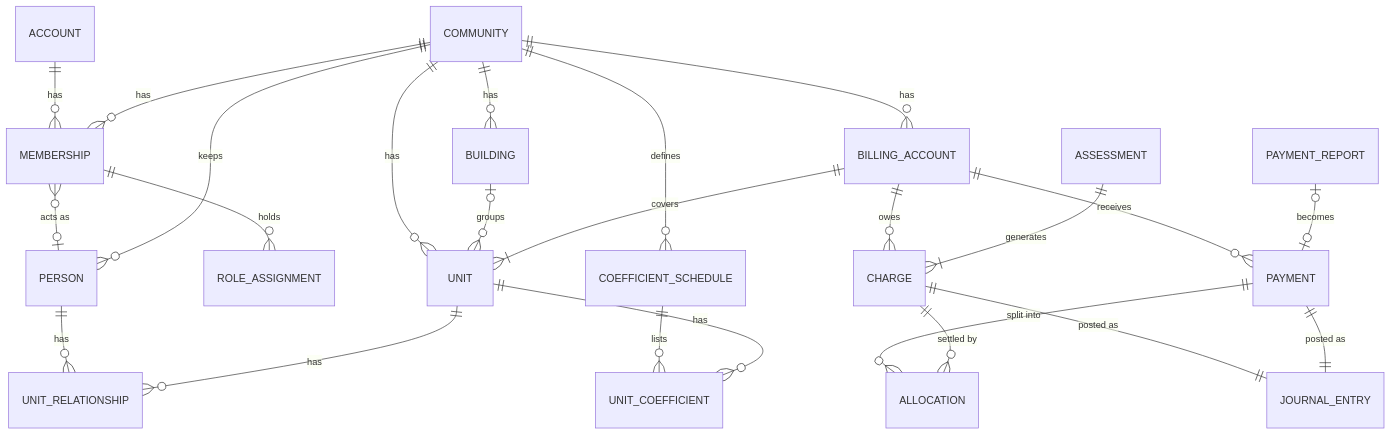
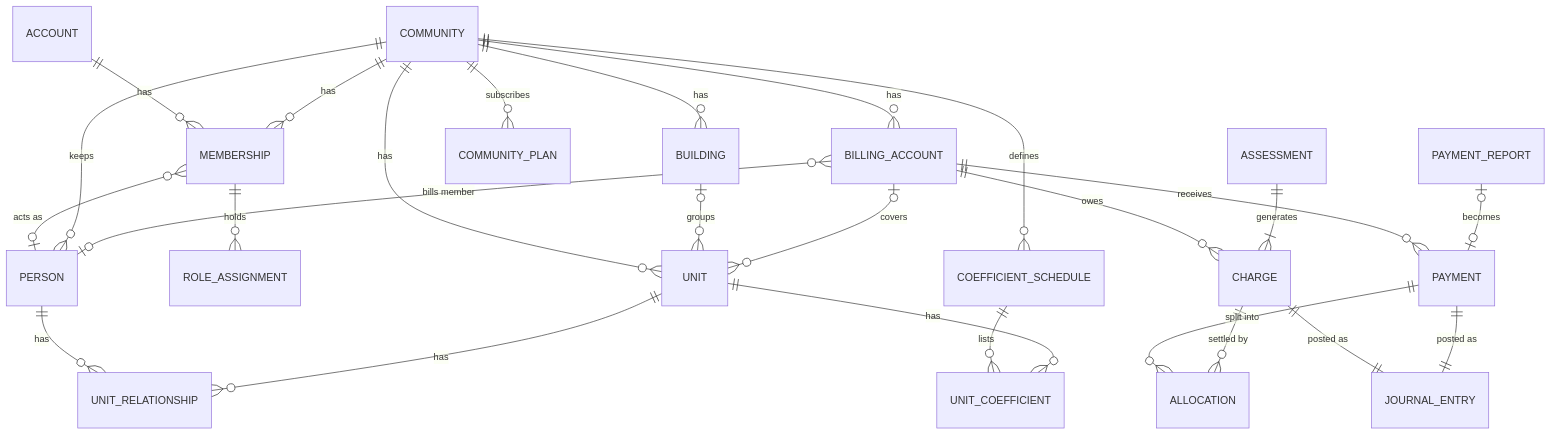
The diagram in docs/architecture/domain-model.md (Interlecto/proho), drawn with Mermaid before and after one commit. The commit also changed other lines of this file and 1 other file, not shown here.

````diff
--- a/docs/architecture/domain-model.md
+++ b/docs/architecture/domain-model.md
@@ -42,30 +52,32 @@
 ```mermaid
 erDiagram
     ACCOUNT ||--o{ MEMBERSHIP : "has"
     COMMUNITY ||--o{ MEMBERSHIP : "has"
     MEMBERSHIP }o--o| PERSON : "acts as"
     MEMBERSHIP ||--o{ ROLE_ASSIGNMENT : "holds"
 
     COMMUNITY ||--o{ BUILDING : "has"
     COMMUNITY ||--o{ UNIT : "has"
     BUILDING |o--o{ UNIT : "groups"
     COMMUNITY ||--o{ COEFFICIENT_SCHEDULE : "defines"
     COEFFICIENT_SCHEDULE ||--o{ UNIT_COEFFICIENT : "lists"
     UNIT ||--o{ UNIT_COEFFICIENT : "has"
 
     COMMUNITY ||--o{ PERSON : "keeps"
     PERSON ||--o{ UNIT_RELATIONSHIP : "has"
     UNIT ||--o{ UNIT_RELATIONSHIP : "has"
 
     COMMUNITY ||--o{ BILLING_ACCOUNT : "has"
-    BILLING_ACCOUNT ||--|{ UNIT : "covers"
+    BILLING_ACCOUNT |o--o{ UNIT : "covers"
+    BILLING_ACCOUNT }o--o| PERSON : "bills member"
+    COMMUNITY ||--o{ COMMUNITY_PLAN : "subscribes"
     BILLING_ACCOUNT ||--o{ CHARGE : "owes"
     BILLING_ACCOUNT ||--o{ PAYMENT : "receives"
     PAYMENT ||--o{ ALLOCATION : "split into"
     CHARGE ||--o{ ALLOCATION : "settled by"
     PAYMENT_REPORT |o--o| PAYMENT : "becomes"
     ASSESSMENT ||--|{ CHARGE : "generates"
 
     CHARGE ||--|| JOURNAL_ENTRY : "posted as"
     PAYMENT ||--|| JOURNAL_ENTRY : "posted as"
 ```
````
